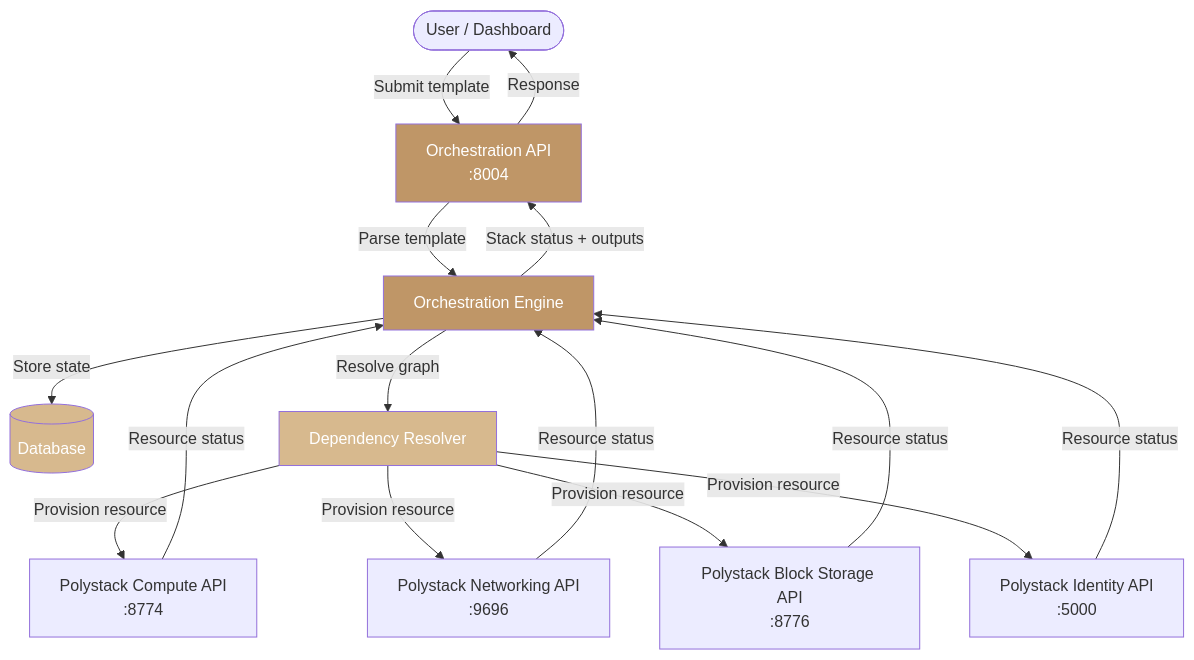
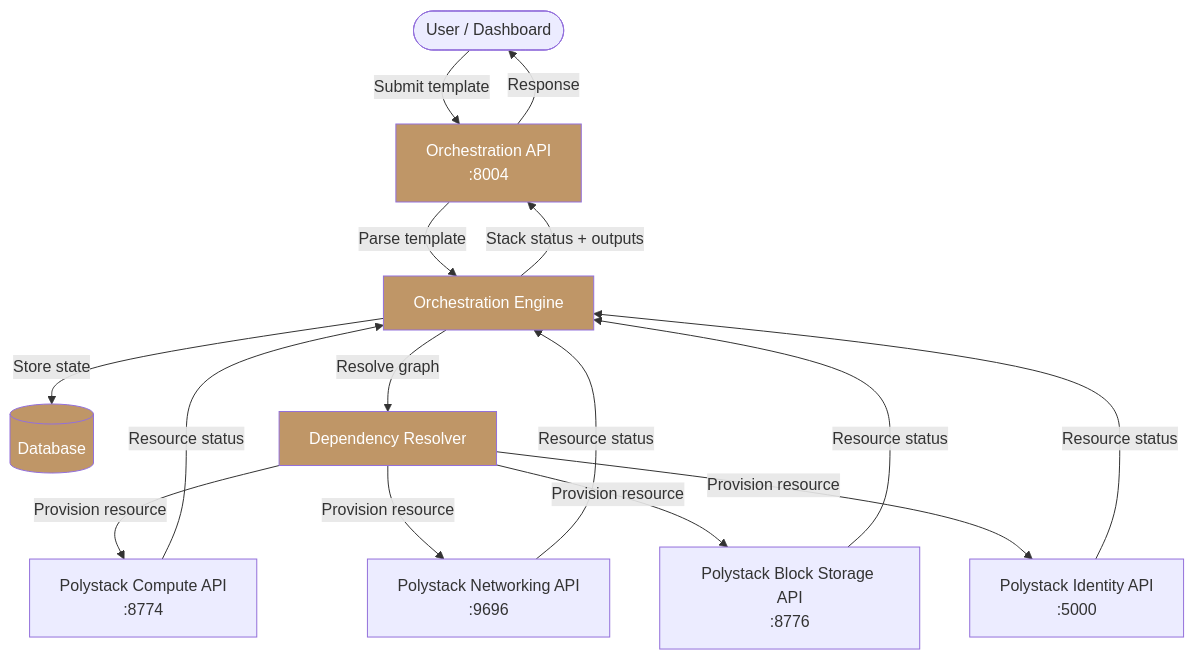
One commit to ankur-kumar87/docs-polystack changed the first of 2 diagrams in services/orchestration/architecture.mdx. Above: the diagram before and after it, drawn with Mermaid. The commit also changed 186 other files, not shown here.

````diff
--- a/services/orchestration/architecture.mdx
+++ b/services/orchestration/architecture.mdx
@@ -23,18 +23,18 @@
 ```mermaid
 graph TD
     U([User / Dashboard]) -->|Submit template| API[Orchestration API<br/>:8004]
     API -->|Parse template| ENG[Orchestration Engine]
     ENG -->|Store state| DB[(Database)]
     ENG -->|Resolve graph| GRAPH[Dependency Resolver]
     GRAPH -->|Provision resource| COMPUTE[Polystack Compute API<br/>:8774]
     GRAPH -->|Provision resource| NET[Polystack Networking API<br/>:9696]
     GRAPH -->|Provision resource| STORE[Polystack Block Storage API<br/>:8776]
     GRAPH -->|Provision resource| ID[Polystack Identity API<br/>:5000]
     COMPUTE & NET & STORE & ID -->|Resource status| ENG
     ENG -->|Stack status + outputs| API
     API -->|Response| U
     style API fill:#bf9667,color:#fff
     style ENG fill:#bf9667,color:#fff
-    style GRAPH fill:#d7b98e,color:#fff
-    style DB fill:#d7b98e,color:#fff
+    style GRAPH fill:#bf9667,color:#fff
+    style DB fill:#bf9667,color:#fff
 ```
````
